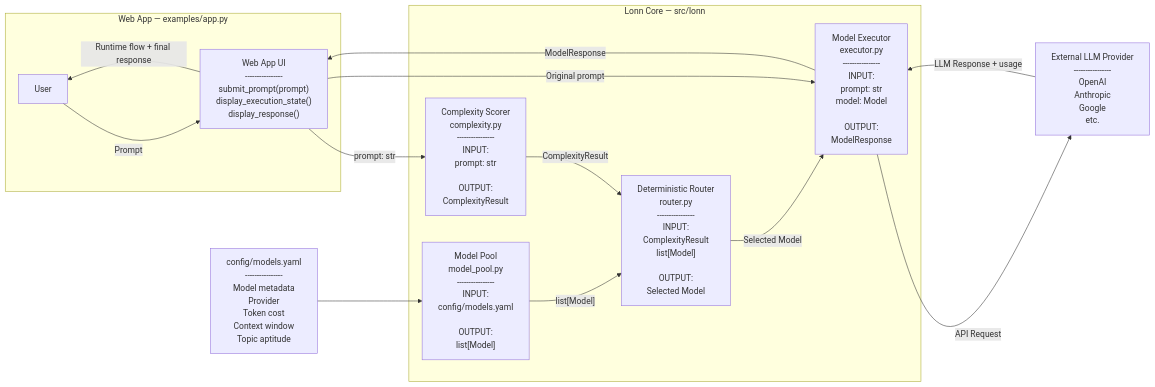
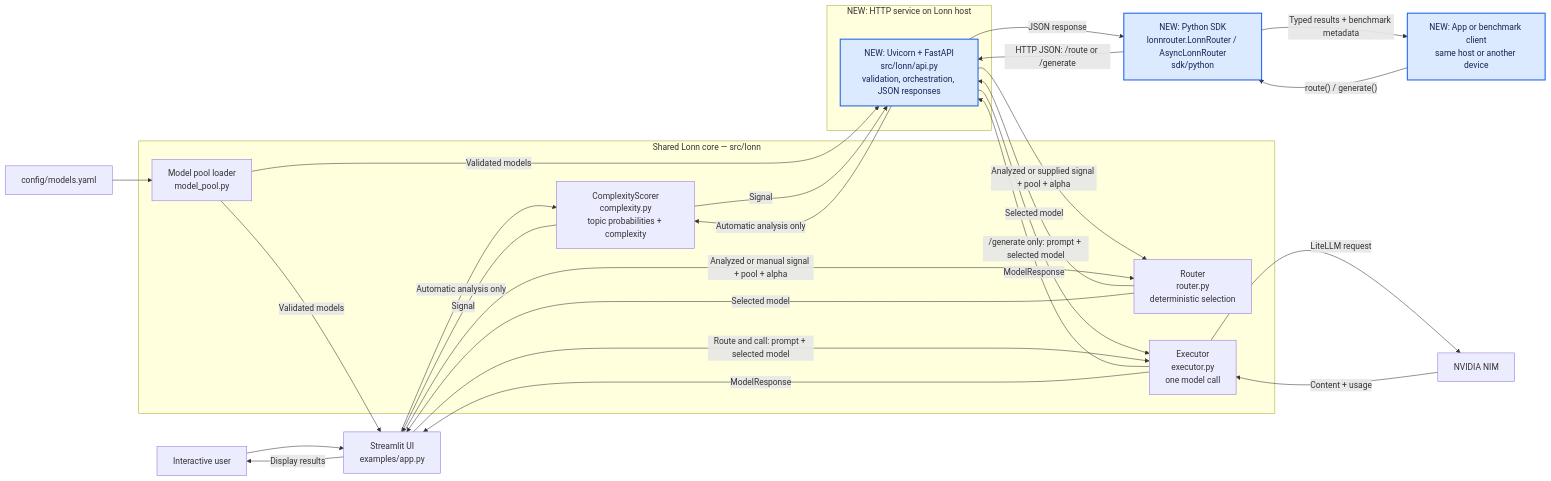
One commit to emrailklmin/Lonn changed the first of 5 diagrams in docs/Prototype_architecture.md. Above: the diagram before and after it, drawn with Mermaid. The commit also changed other lines of this file and 14 other files, not shown here.

````diff
--- a/docs/Prototype_architecture.md
+++ b/docs/Prototype_architecture.md
@@ -14,118 +40,39 @@
 ```mermaid
 flowchart LR
-
-    %% =========================
-    %% WEB APPLICATION
-    %% =========================
-
-    subgraph WEB["Web App — examples/app.py"]
-
-        USER["User"]
-
-        UI["Web App UI
-        ----------------
-        submit_prompt(prompt)
-        display_execution_state()
-        display_response()"]
-
+    USER["Interactive user"] --> UI["Streamlit UI<br/>examples/app.py"]
+    CLIENT["NEW: App or benchmark client<br/>same host or another device"]
+    SDK["NEW: Python SDK<br/>lonnrouter.LonnRouter / AsyncLonnRouter<br/>sdk/python"]
+    subgraph SERVICE["NEW: HTTP service on Lonn host"]
+        HTTP["NEW: Uvicorn + FastAPI<br/>src/lonn/api.py<br/>validation, orchestration, JSON responses"]
     end
-
-
-    %% =========================
-    %% Lonn CORE
-    %% =========================
-
-    subgraph CORE["Lonn Core — src/lonn"]
-
-        COMPLEXITY["Complexity Scorer
-        complexity.py
-        ----------------
-        INPUT:
-        prompt: str
-
-        OUTPUT:
-        ComplexityResult"]
-
-        ROUTER["Deterministic Router
-        router.py
-        ----------------
-        INPUT:
-        ComplexityResult
-        list[Model]
-
-        OUTPUT:
-        Selected Model"]
-
-        EXECUTOR["Model Executor
-        executor.py
-        ----------------
-        INPUT:
-        prompt: str
-        model: Model
-
-        OUTPUT:
-        ModelResponse"]
-
-        MODELPOOL["Model Pool
-        model_pool.py
-        ----------------
-        INPUT:
-        config/models.yaml
-
-        OUTPUT:
-        list[Model]"]
-
+    CLIENT -->|"route() / generate()"| SDK
+    SDK -->|"HTTP JSON: /route or /generate"| HTTP
+    HTTP -->|"JSON response"| SDK
+    SDK -->|"Typed results + benchmark metadata"| CLIENT
+    subgraph CORE["Shared Lonn core — src/lonn"]
+        CS["ComplexityScorer<br/>complexity.py<br/>topic probabilities + complexity"]
+        MP["Model pool loader<br/>model_pool.py"]
+        R["Router<br/>router.py<br/>deterministic selection"]
+        E["Executor<br/>executor.py<br/>one model call"]
     end
-
-
-    %% =========================
-    %% CONFIGURATION
-    %% =========================
-
-    CONFIG["config/models.yaml
-    ----------------
-    Model metadata
-    Provider
-    Token cost
-    Context window
-    Topic aptitude"]
-
-
-    %% =========================
-    %% EXTERNAL PROVIDER
-    %% =========================
-
-    PROVIDER["External LLM Provider
-    ----------------
-    OpenAI
-    Anthropic
-    Google
-    etc."]
-
-
-    %% =========================
-    %% FLOW
-    %% =========================
-
-    USER -->|"Prompt"| UI
-
-    UI -->|"prompt: str"| COMPLEXITY
-
-    COMPLEXITY -->|"ComplexityResult"| ROUTER
-
-    CONFIG --> MODELPOOL
-
-    MODELPOOL -->|"list[Model]"| ROUTER
-
-    ROUTER -->|"Selected Model"| EXECUTOR
-
-    UI -->|"Original prompt"| EXECUTOR
-
-    EXECUTOR -->|"API Request"| PROVIDER
-
-    PROVIDER -->|"LLM Response + usage"| EXECUTOR
-
-    EXECUTOR -->|"ModelResponse"| UI
-
-    UI -->|"Runtime flow + final response"| USER
+    CONFIG["config/models.yaml"] --> MP
+    MP -->|"Validated models"| HTTP
+    MP -->|"Validated models"| UI
+    HTTP -->|"Automatic analysis only"| CS
+    UI -->|"Automatic analysis only"| CS
+    CS -->|"Signal"| HTTP
+    CS -->|"Signal"| UI
+    HTTP -->|"Analyzed or supplied signal + pool + alpha"| R
+    UI -->|"Analyzed or manual signal + pool + alpha"| R
+    R -->|"Selected model"| HTTP
+    R -->|"Selected model"| UI
+    HTTP -->|"/generate only: prompt + selected model"| E
+    UI -->|"Route and call: prompt + selected model"| E
+    E -->|"LiteLLM request"| NVIDIA["NVIDIA NIM"]
+    NVIDIA -->|"Content + usage"| E
+    E -->|"ModelResponse"| HTTP
+    E -->|"ModelResponse"| UI
+    UI -->|"Display results"| USER
+    classDef added fill:#dbeafe,stroke:#2563eb,stroke-width:2px,color:#172554
+    class CLIENT,SDK,HTTP added
 ```
````
